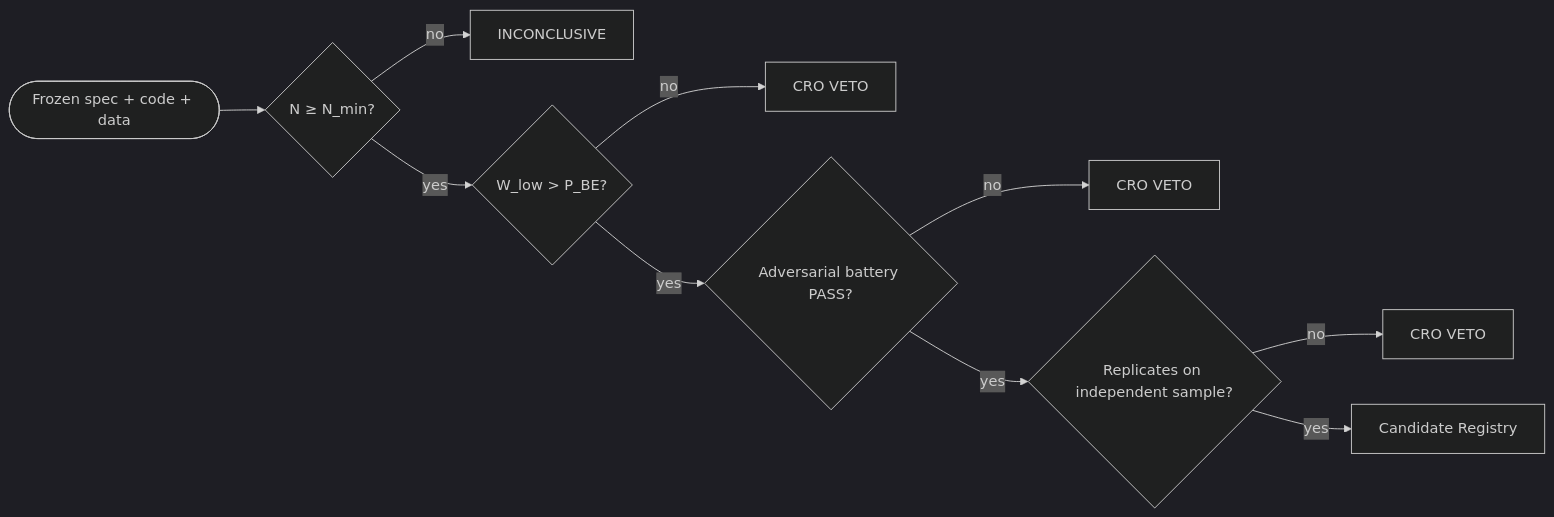
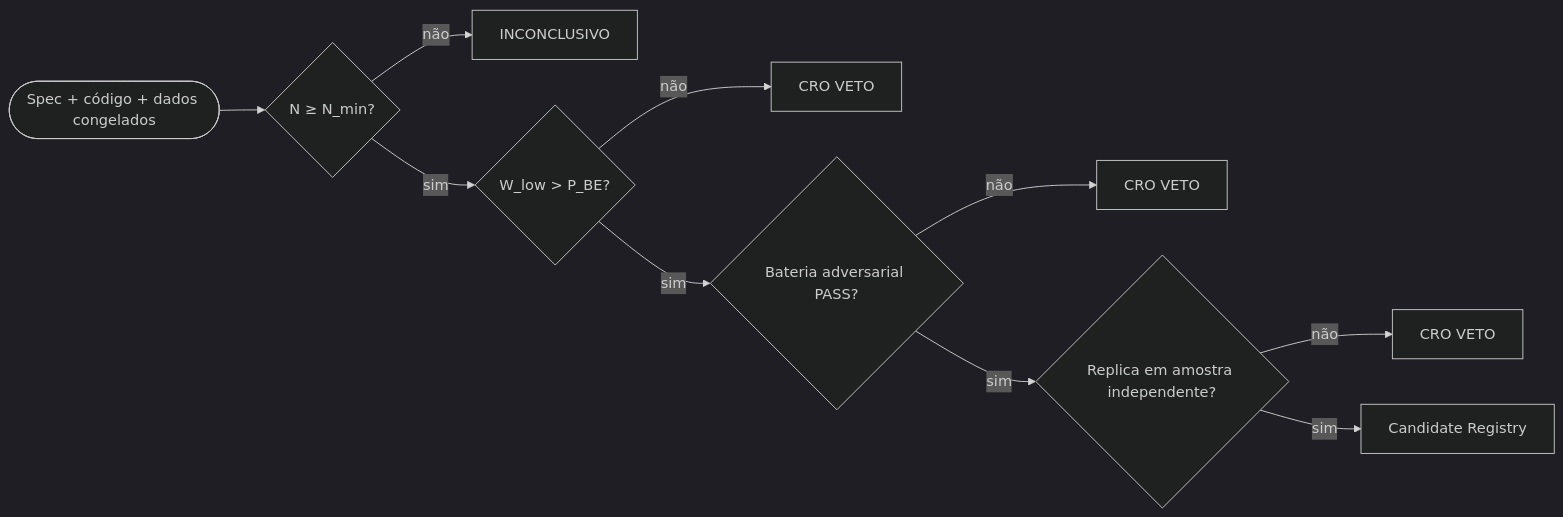
The third of 3 diagrams in README.md (microfactx/binary-options-quant), drawn with Mermaid (dark theme) before and after one commit. The commit also changed other lines of this file, not shown here.

````diff
--- a/README.md
+++ b/README.md
@@ -113,12 +113,12 @@
 ```mermaid
 flowchart LR
-    S([Frozen spec + code + data]) --> N{N ≥ N_min?}
-    N -->|no| INC[INCONCLUSIVE]
-    N -->|yes| W{W_low > P_BE?}
-    W -->|no| VETO1[CRO VETO]
-    W -->|yes| A{Adversarial battery PASS?}
-    A -->|no| VETO2[CRO VETO]
-    A -->|yes| R{Replicates on independent sample?}
-    R -->|no| VETO3[CRO VETO]
-    R -->|yes| P[Candidate Registry]
+    S([Spec + código + dados congelados]) --> N{N ≥ N_min?}
+    N -->|não| INC[INCONCLUSIVO]
+    N -->|sim| W{W_low > P_BE?}
+    W -->|não| VETO1[CRO VETO]
+    W -->|sim| A{Bateria adversarial PASS?}
+    A -->|não| VETO2[CRO VETO]
+    A -->|sim| R{Replica em amostra independente?}
+    R -->|não| VETO3[CRO VETO]
+    R -->|sim| P[Candidate Registry]
 ```
````
